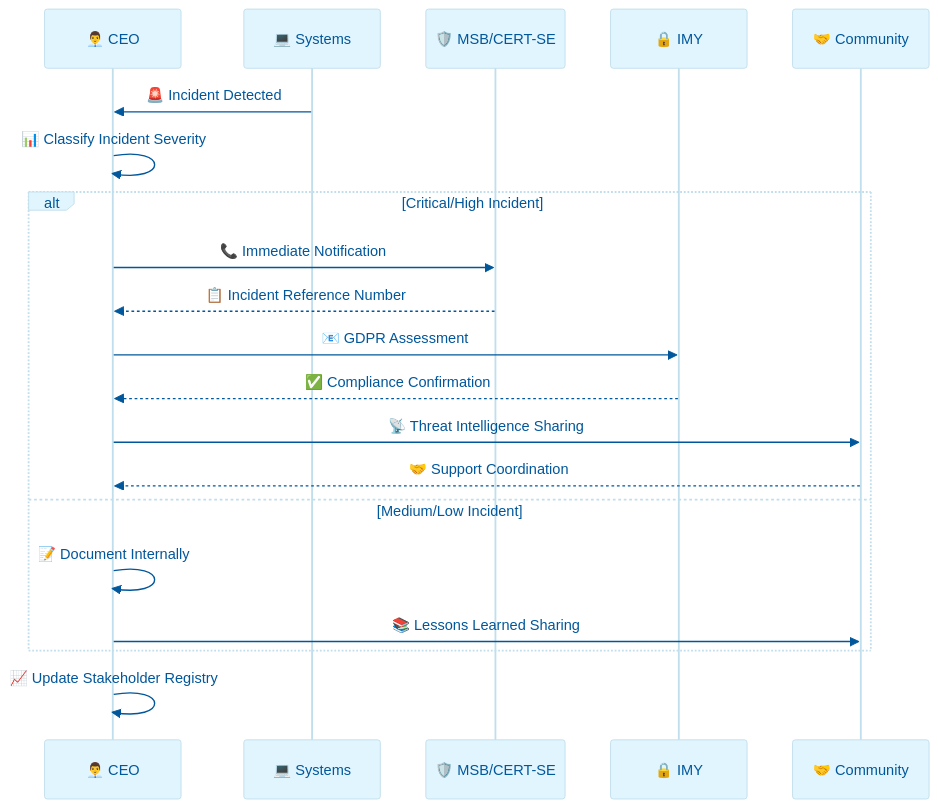
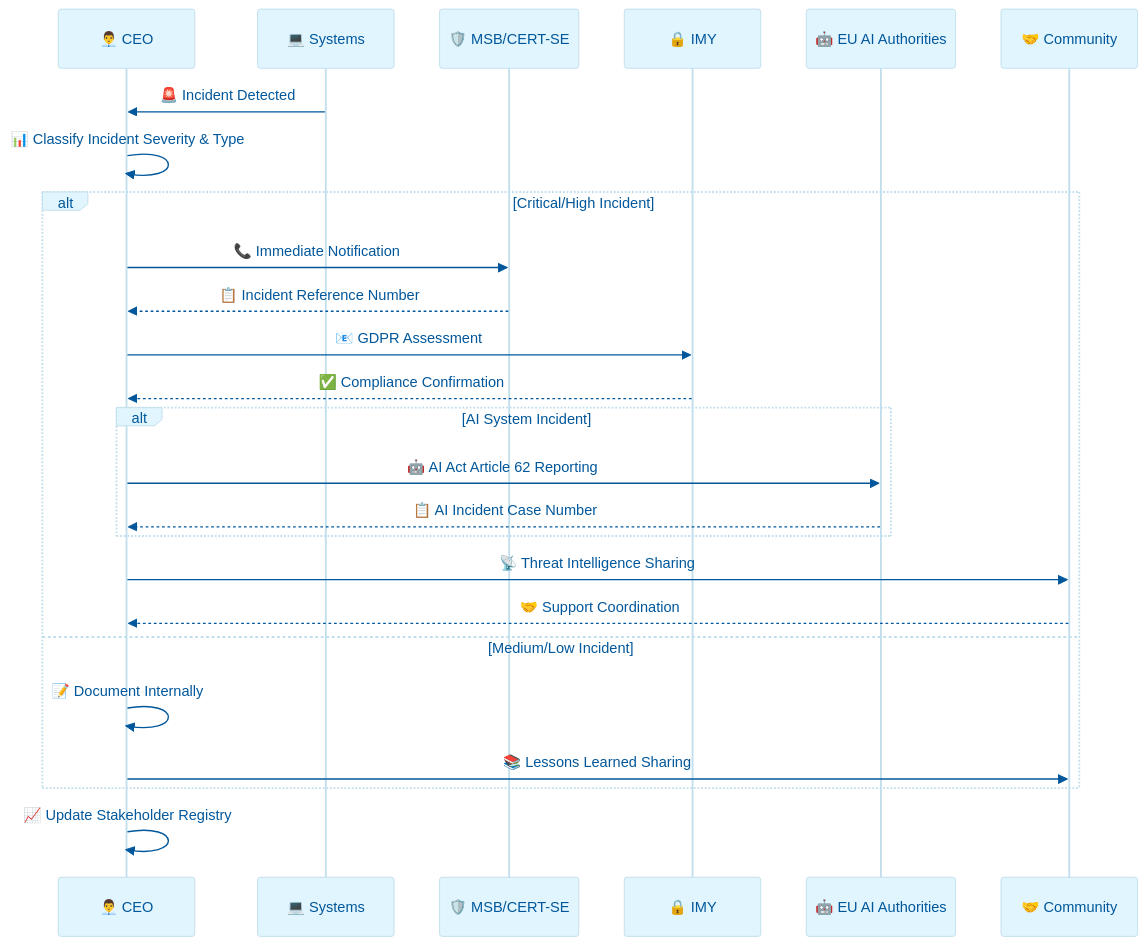
The fourth of 4 diagrams in External_Stakeholder_Registry.md (Hack23/ISMS-PUBLIC), drawn with Mermaid before and after one commit. The commit also changed other lines of this file, not shown here.

````diff
--- a/External_Stakeholder_Registry.md
+++ b/External_Stakeholder_Registry.md
@@ -393,39 +487,45 @@
 ```mermaid
 %%{
   init: {
     'theme': 'base',
     'themeVariables': {
       'primaryColor': '#e1f5fe',
       'primaryTextColor': '#01579b',
       'lineColor': '#0288d1',
       'secondaryColor': '#f1f8e9',
       'tertiaryColor': '#fff8e1'
     }
   }
 }%%
 sequenceDiagram
     participant CEO as 👨‍💼 CEO
     participant SYSTEMS as 💻 Systems
     participant MSB as 🛡️ MSB/CERT-SE
     participant IMY as 🔒 IMY
+    participant EU_AI as 🤖 EU AI Authorities
     participant COMMUNITY as 🤝 Community
     
     SYSTEMS->>CEO: 🚨 Incident Detected
-    CEO->>CEO: 📊 Classify Incident Severity
+    CEO->>CEO: 📊 Classify Incident Severity & Type
     
     alt Critical/High Incident
         CEO->>MSB: 📞 Immediate Notification
         MSB-->>CEO: 📋 Incident Reference Number
         
         CEO->>IMY: 📧 GDPR Assessment
         IMY-->>CEO: ✅ Compliance Confirmation
+        
+        alt AI System Incident
+            CEO->>EU_AI: 🤖 AI Act Article 62 Reporting
+            EU_AI-->>CEO: 📋 AI Incident Case Number
+        end
         
         CEO->>COMMUNITY: 📡 Threat Intelligence Sharing
         COMMUNITY-->>CEO: 🤝 Support Coordination
     else Medium/Low Incident
         CEO->>CEO: 📝 Document Internally
         CEO->>COMMUNITY: 📚 Lessons Learned Sharing
     end
     
     CEO->>CEO: 📈 Update Stakeholder Registry
 ```
````
